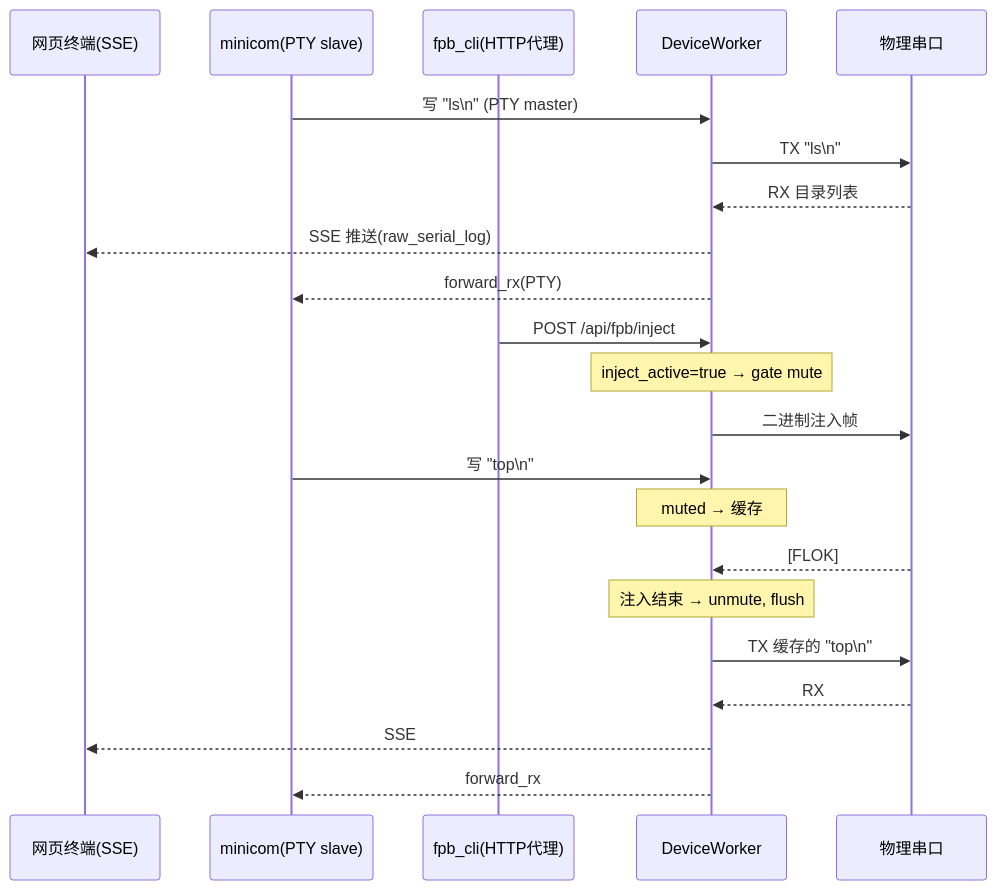
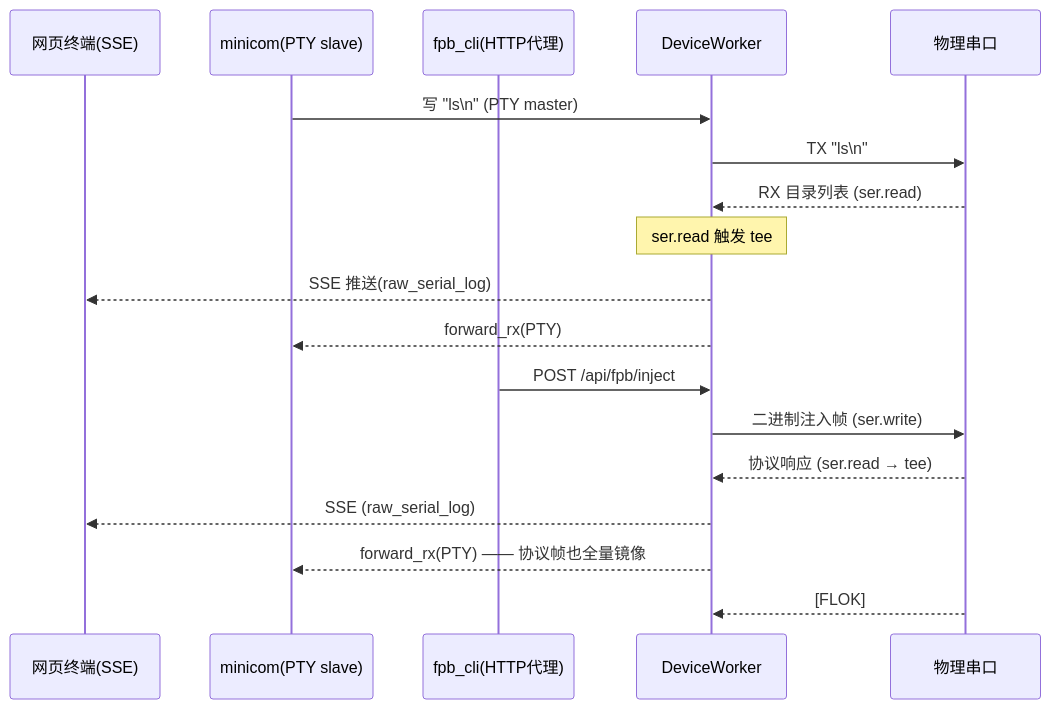
The fourth of 5 diagrams in Tools/WebServer/docs/virtual-serial-passthrough-design.md (FASTSHIFT/FPBInject), drawn with Mermaid before and after one commit. The commit also changed other lines of this file and 10 other files, not shown here.

````diff
--- a/Tools/WebServer/docs/virtual-serial-passthrough-design.md
+++ b/Tools/WebServer/docs/virtual-serial-passthrough-design.md
@@ -275,26 +263,22 @@
 ```mermaid
 sequenceDiagram
     participant WEB as 网页终端(SSE)
     participant MINI as minicom(PTY slave)
     participant CLI as fpb_cli(HTTP代理)
     participant W as DeviceWorker
     participant SER as 物理串口
 
     MINI->>W: 写 "ls\n" (PTY master)
     W->>SER: TX "ls\n"
-    SER-->>W: RX 目录列表
+    SER-->>W: RX 目录列表 (ser.read)
+    Note over W: ser.read 触发 tee
     W-->>WEB: SSE 推送(raw_serial_log)
     W-->>MINI: forward_rx(PTY)
 
     CLI->>W: POST /api/fpb/inject
-    Note over W: inject_active=true → gate mute
-    W->>SER: 二进制注入帧
-    MINI->>W: 写 "top\n"
-    Note over W: muted → 缓存
+    W->>SER: 二进制注入帧 (ser.write)
+    SER-->>W: 协议响应 (ser.read → tee)
+    W-->>WEB: SSE (raw_serial_log)
+    W-->>MINI: forward_rx(PTY) —— 协议帧也全量镜像
     SER-->>W: [FLOK]
-    Note over W: 注入结束 → unmute, flush
-    W->>SER: TX 缓存的 "top\n"
-    SER-->>W: RX
-    W-->>WEB: SSE
-    W-->>MINI: forward_rx
 ```
````
